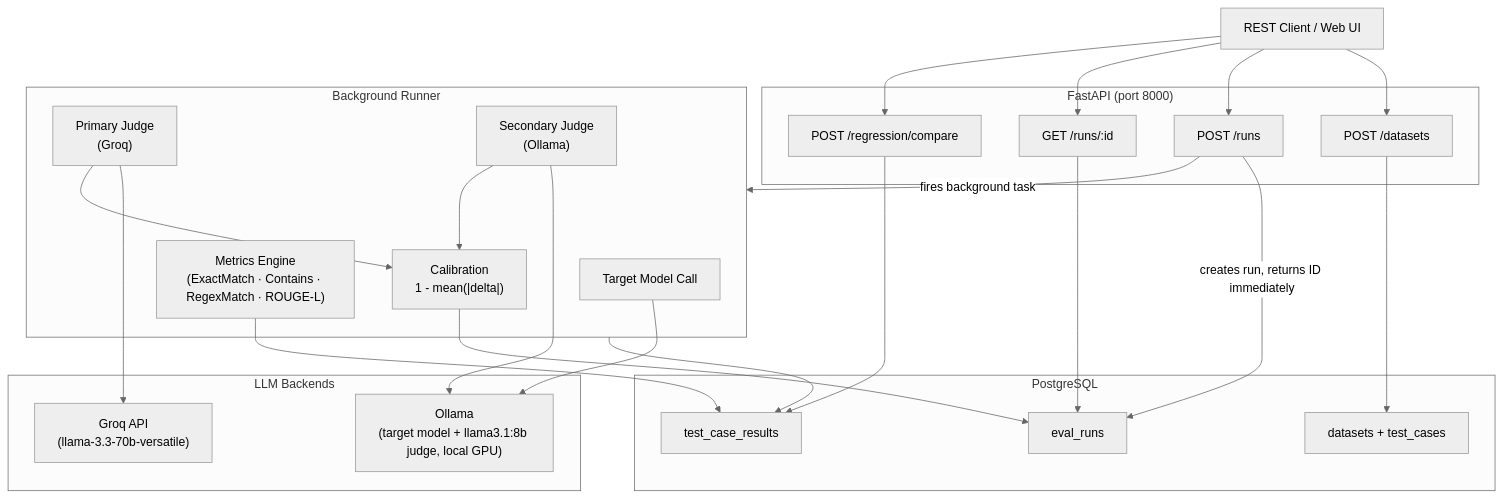
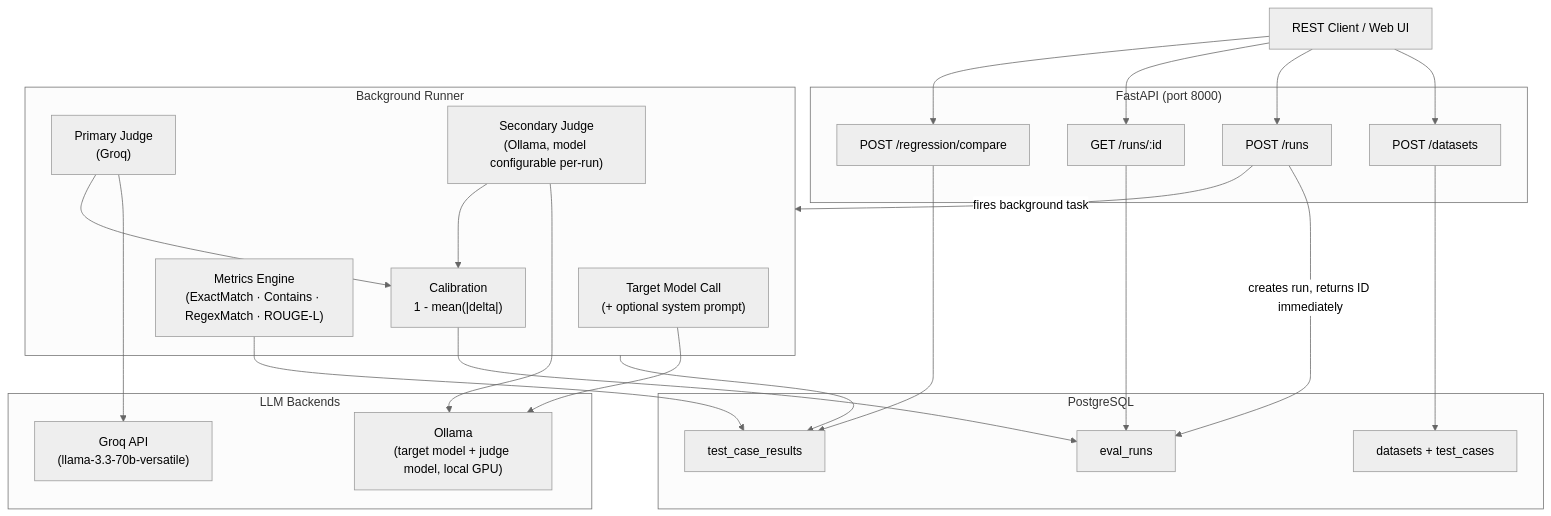
The diagram in README.md (HassanSep21/llm-eval-harness), drawn with Mermaid (neutral theme) before and after one commit. The commit also changed other lines of this file, not shown here.

````diff
--- a/README.md
+++ b/README.md
@@ -24,53 +25,53 @@
 ```mermaid
 graph TD
     Client["REST Client / Web UI"]
 
     subgraph API["FastAPI (port 8000)"]
         DR["POST /datasets"]
         RR["POST /runs"]
         SR["GET /runs/:id"]
         RG["POST /regression/compare"]
     end
 
     subgraph Runner["Background Runner"]
-        TM["Target Model Call"]
+        TM["Target Model Call\n(+ optional system prompt)"]
         ME["Metrics Engine\n(ExactMatch · Contains · RegexMatch · ROUGE-L)"]
         PJ["Primary Judge\n(Groq)"]
-        SJ["Secondary Judge\n(Ollama)"]
+        SJ["Secondary Judge\n(Ollama, model configurable per-run)"]
         CAL["Calibration\n1 - mean(|delta|)"]
     end
 
     subgraph Storage["PostgreSQL"]
         DS["datasets + test_cases"]
         ER["eval_runs"]
         TR["test_case_results"]
     end
 
     subgraph Backends["LLM Backends"]
         GROQ["Groq API\n(llama-3.3-70b-versatile)"]
-        OLLAMA["Ollama\n(target model + llama3.1:8b judge, local GPU)"]
+        OLLAMA["Ollama\n(target model + judge model, local GPU)"]
     end
 
     Client --> DR
     Client --> RR
     Client --> SR
     Client --> RG
 
     RR -->|"creates run, returns ID immediately"| ER
     RR -->|"fires background task"| Runner
 
     TM --> OLLAMA
     PJ --> GROQ
     SJ --> OLLAMA
 
     Runner --> TR
     CAL --> ER
 
     ME --> TR
     PJ --> CAL
     SJ --> CAL
 
     DR --> DS
     SR --> ER
     RG --> TR
 ```
````
